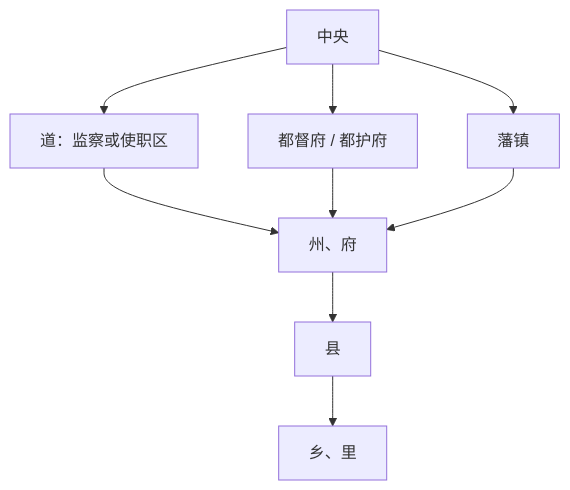
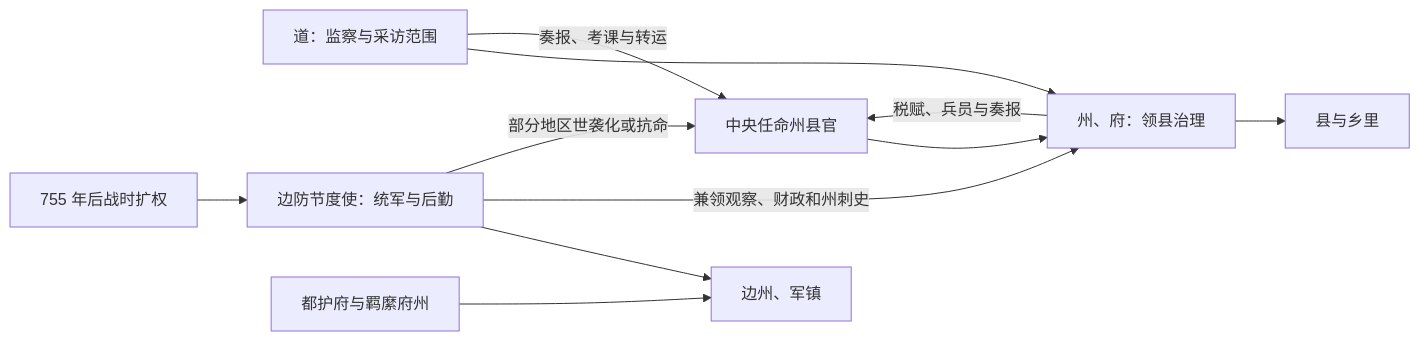
Before and after one commit to tianlan-dev/learning-notes: the diagram in 人文科学/历史/东亚/中国/_制度/地方行政区划/历代地方区划/唐.md, drawn with Mermaid. The commit also changed other lines of this file and 1417 other files, not shown here.

````diff
--- a/人文科学/历史/东亚/中国/_制度/地方行政区划/历代地方区划/唐.md
+++ b/人文科学/历史/东亚/中国/_制度/地方行政区划/历代地方区划/唐.md
@@ -20,11 +24,13 @@
 ```mermaid
-flowchart TD
-    A["中央"] --> B["道：监察或使职区"]
-    A --> C["都督府 / 都护府"]
-    A --> D["藩镇"]
-    B --> E["州、府"]
-    C --> E
-    D --> E
-    E --> F["县"]
-    F --> G["乡、里"]
+flowchart LR
+    C["中央任命州县官"] --> Z["州、府：领县治理"]
+    Z --> X["县与乡里"]
+    D["道：监察与采访范围"] --> Z
+    D -->|奏报、考课与转运| C
+    B["边防节度使：统军与后勤"] --> F["边州、军镇"]
+    A["755 年后战时扩权"] --> B
+    B -->|兼领观察、财政和州刺史| Z
+    Z -->|税赋、兵员与奏报| C
+    B -->|部分地区世袭化或抗命| C
+    H["都护府与羁縻府州"] --> F
 ```
````
